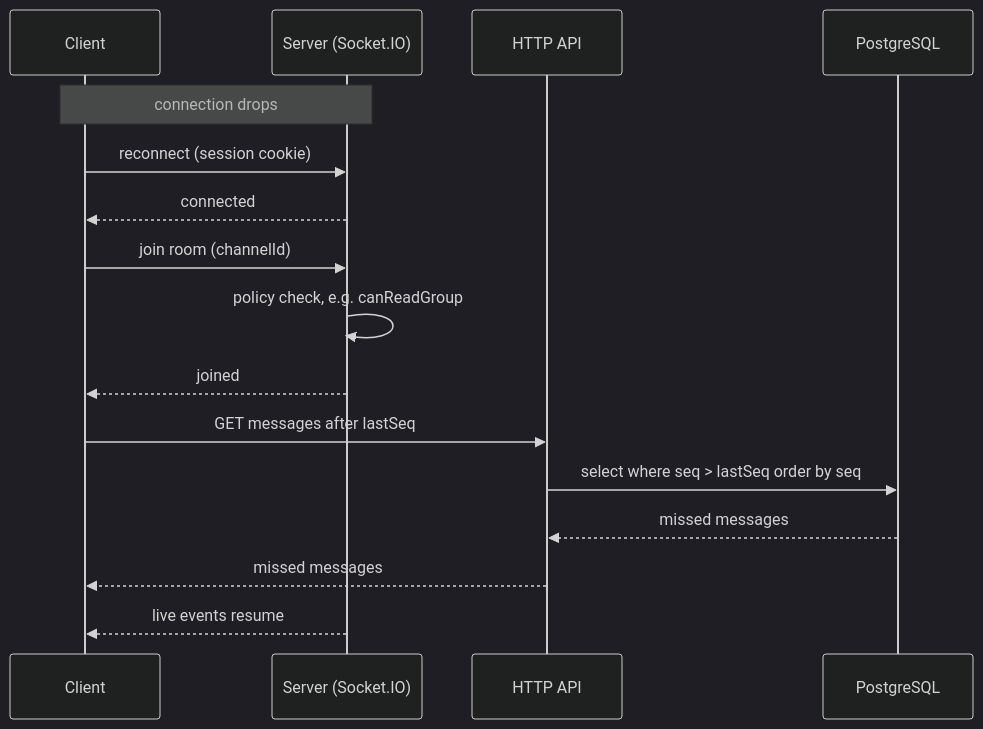
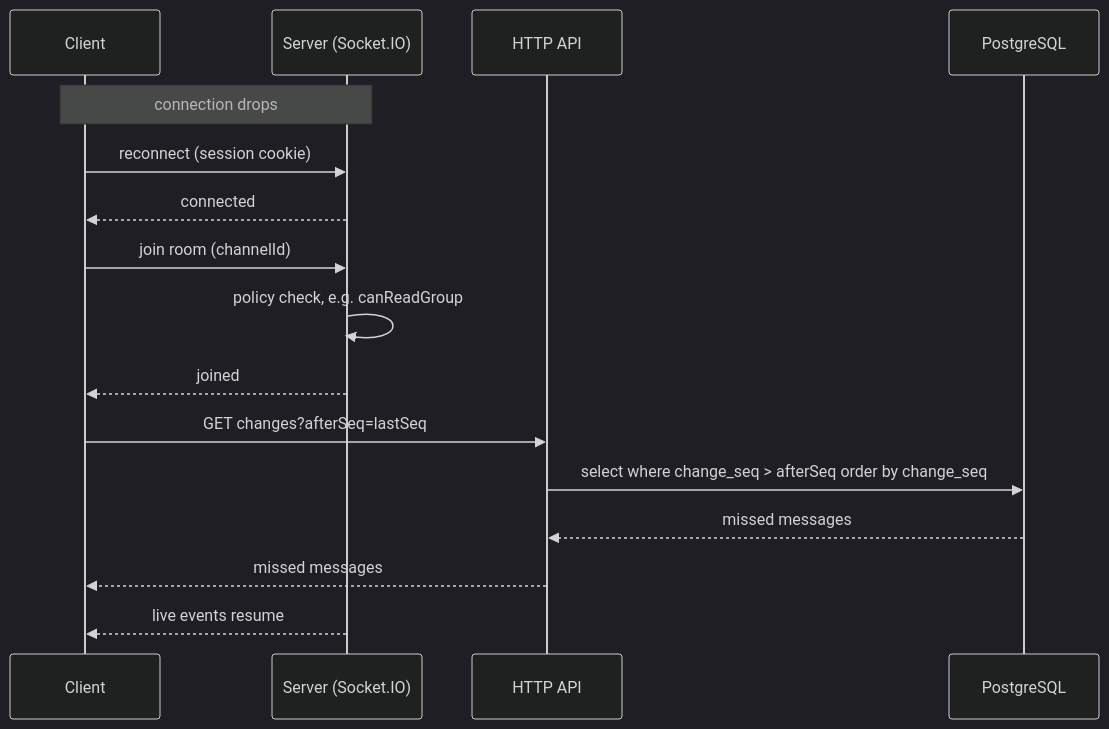
The diagram in docs/architecture/realtime.md (Trayvor/spolu), drawn with Mermaid (dark theme) before and after one commit. The commit also changed other lines of this file and 5 other files, not shown here.

````diff
--- a/docs/architecture/realtime.md
+++ b/docs/architecture/realtime.md
@@ -56,18 +67,18 @@
 ```mermaid
 sequenceDiagram
     participant C as Client
     participant S as Server (Socket.IO)
     participant H as HTTP API
     participant DB as PostgreSQL
     Note over C,S: connection drops
     C->>S: reconnect (session cookie)
     S-->>C: connected
     C->>S: join room (channelId)
     S->>S: policy check, e.g. canReadGroup
     S-->>C: joined
-    C->>H: GET messages after lastSeq
-    H->>DB: select where seq > lastSeq order by seq
+    C->>H: GET changes?afterSeq=lastSeq
+    H->>DB: select where change_seq > afterSeq order by change_seq
     DB-->>H: missed messages
     H-->>C: missed messages
     S-->>C: live events resume
 ```
````
